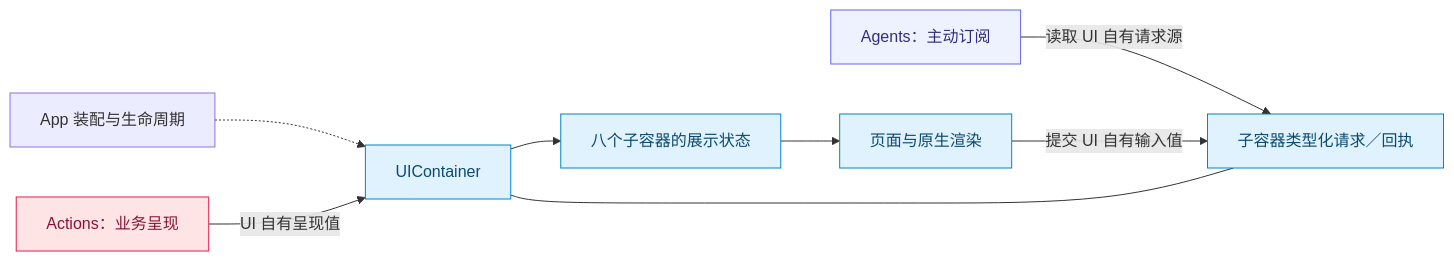
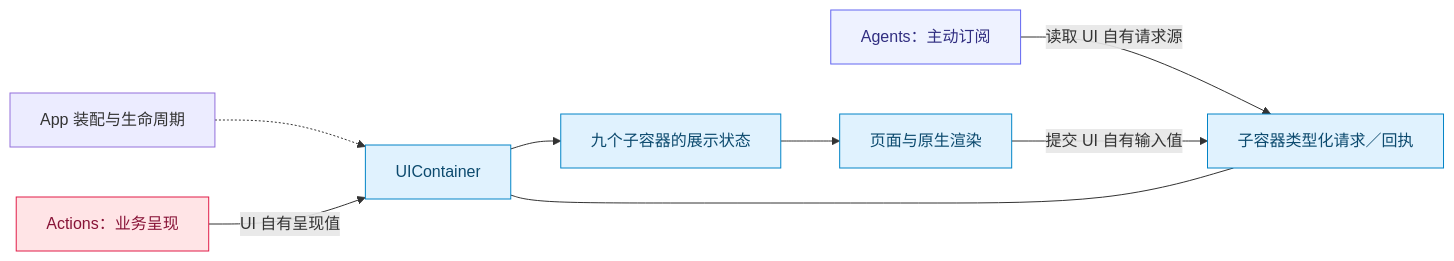
One commit to devilyouwei/MobileHarness changed the diagram in MobileHarness/UI/README.md. Above: the diagram before and after it, drawn with Mermaid. The commit also changed other lines of this file and 73 other files, not shown here.

````diff
--- a/MobileHarness/UI/README.md
+++ b/MobileHarness/UI/README.md
@@ -17,16 +17,16 @@
 ```mermaid
 flowchart LR
  App["App 装配与生命周期"] -.-> Root["UIContainer"]
  Agent["Agents：主动订阅"] -->|"读取 UI 自有请求源"| Requests["子容器类型化请求／回执"]
  Actions["Actions：业务呈现"] -->|"UI 自有呈现值"| Root
- Root --> State["八个子容器的展示状态"]
+ Root --> State["九个子容器的展示状态"]
  State --> Views["页面与原生渲染"]
  Views -->|"提交 UI 自有输入值"| Requests
  Root --- Requests
  classDef ui fill:#e0f2fe,stroke:#0284c7,color:#0c4a6e
  classDef agent fill:#eef2ff,stroke:#6366f1,color:#312e81
  classDef action fill:#ffe4e6,stroke:#e11d48,color:#881337
  class Root,State,Views,Requests ui
  class Agent agent
  class Actions action
 ```
````
